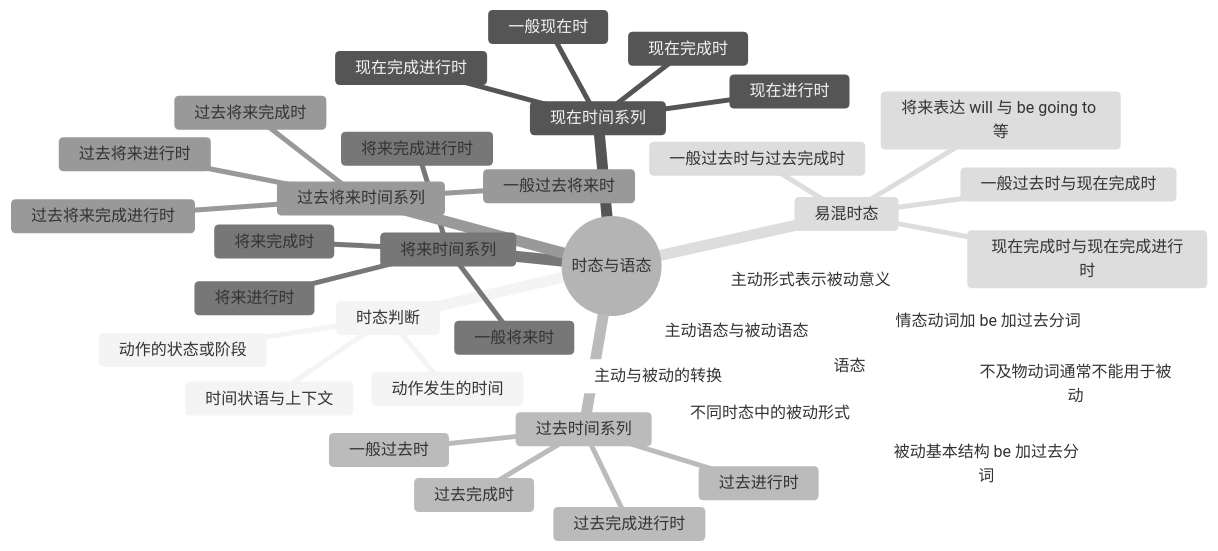
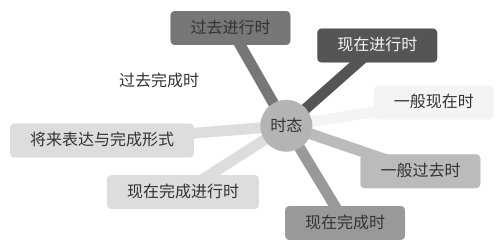
The fourth of 11 diagrams in grammar-mindmaps.md (FitzLeewenlei/grammar), drawn with Mermaid (neutral theme) before and after one commit. The commit also changed other lines of this file and 16 other files, not shown here.

````diff
--- a/grammar-mindmaps.md
+++ b/grammar-mindmaps.md
@@ -120,41 +76,12 @@
 ```mermaid
 mindmap
-  root((时态与语态))
-    时态判断
-      动作发生的时间
-      动作的状态或阶段
-      时间状语与上下文
-    现在时间系列
-      一般现在时
-      现在进行时
-      现在完成时
-      现在完成进行时
-    过去时间系列
-      一般过去时
-      过去进行时
-      过去完成时
-      过去完成进行时
-    将来时间系列
-      一般将来时
-      将来进行时
-      将来完成时
-      将来完成进行时
-    过去将来时间系列
-      一般过去将来时
-      过去将来进行时
-      过去将来完成时
-      过去将来完成进行时
-    易混时态
-      一般过去时与现在完成时
-      现在完成时与现在完成进行时
-      一般过去时与过去完成时
-      将来表达 will 与 be going to 等
-    语态
-      主动语态与被动语态
-      被动基本结构 be 加过去分词
-      不同时态中的被动形式
-      情态动词加 be 加过去分词
-      主动与被动的转换
-      不及物动词通常不能用于被动
-      主动形式表示被动意义
+  root((时态))
+    一般现在时
+    现在进行时
+    一般过去时
+    过去进行时
+    现在完成时
+    现在完成进行时
+    过去完成时
+    将来表达与完成形式
 ```
````
